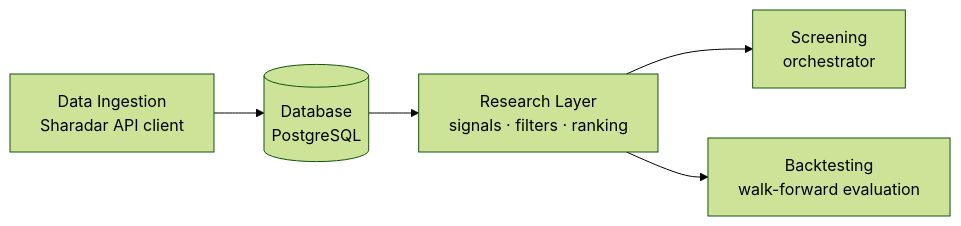
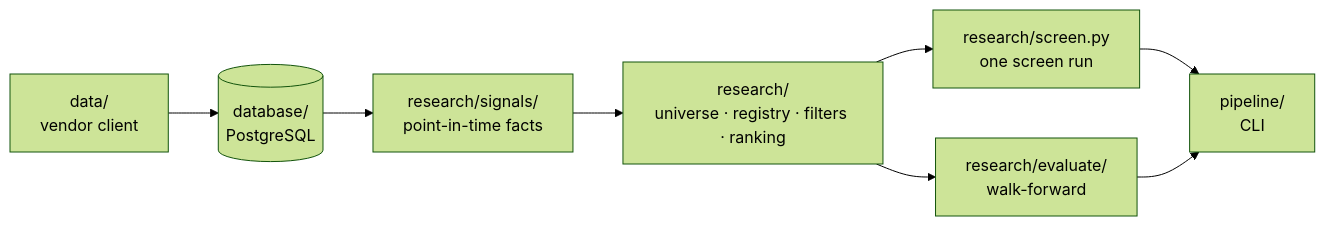
The diagram in README.md (Bob000240/Sharadar-Toolkit), drawn with Mermaid (forest theme) before and after one commit. The commit also changed other lines of this file and 12 other files, not shown here.

````diff
--- a/README.md
+++ b/README.md
@@ -7,7 +160,10 @@
 ```mermaid
 flowchart LR
-    A["Data Ingestion<br/>Sharadar API client"] --> B[("Database<br/>PostgreSQL")]
-    B --> C["Research Layer<br/>signals · filters · ranking"]
-    C --> D["Screening<br/>orchestrator"]
-    C --> E["Backtesting<br/>walk-forward evaluation"]
+    A["data/<br/>vendor client"] --> B[("database/<br/>PostgreSQL")]
+    B --> C["research/signals/<br/>point-in-time facts"]
+    C --> D["research/<br/>universe · registry · filters · ranking"]
+    D --> E["research/screen.py<br/>one screen run"]
+    D --> F["research/evaluate/<br/>walk-forward"]
+    E --> G["pipeline/<br/>CLI"]
+    F --> G
 ```
````
